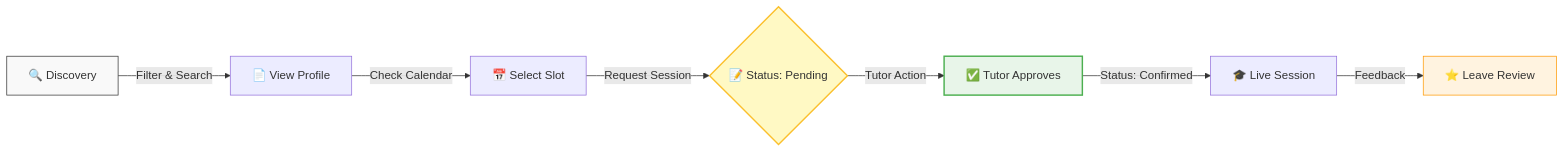
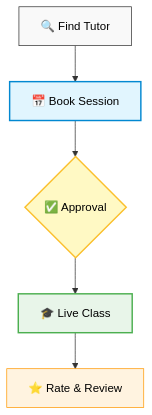
The diagram in README.md (SkillexSJ/SkillBridge-Frontend), drawn with Mermaid before and after one commit. The commit also changed 5 other files, not shown here.

````diff
--- a/README.md
+++ b/README.md
@@ -157,14 +157,13 @@
 ```mermaid
-graph LR
-    A[🔍 Discovery] -->|Filter & Search| B[📄 View Profile]
-    B -->|Check Calendar| C[📅 Select Slot]
-    C -->|Request Session| D{📝 Status: Pending}
-    D -->|Tutor Action| E[✅ Tutor Approves]
-    E -->|Status: Confirmed| F[🎓 Live Session]
-    F -->|Feedback| G[⭐ Leave Review]
+graph TD
+    A[🔍 Find Tutor] --> B[📅 Book Session]
+    B --> C{✅ Approval}
+    C --> D[🎓 Live Class]
+    D --> E[⭐ Rate & Review]
 
-    style A fill:#f9f9f9,stroke:#333,stroke-width:1px
-    style D fill:#fff9c4,stroke:#fbc02d,stroke-width:2px
-    style E fill:#e8f5e9,stroke:#4caf50,stroke-width:2px
-    style G fill:#fff3e0,stroke:#ff9800,stroke-width:1px
+    style A fill:#f9f9f9,stroke:#333,stroke-width:1px,color:#000
+    style B fill:#e1f5fe,stroke:#0288d1,stroke-width:2px,color:#000
+    style C fill:#fff9c4,stroke:#fbc02d,stroke-width:2px,color:#000
+    style D fill:#e8f5e9,stroke:#4caf50,stroke-width:2px,color:#000
+    style E fill:#fff3e0,stroke:#ff9800,stroke-width:1px,color:#000
 ```
````
